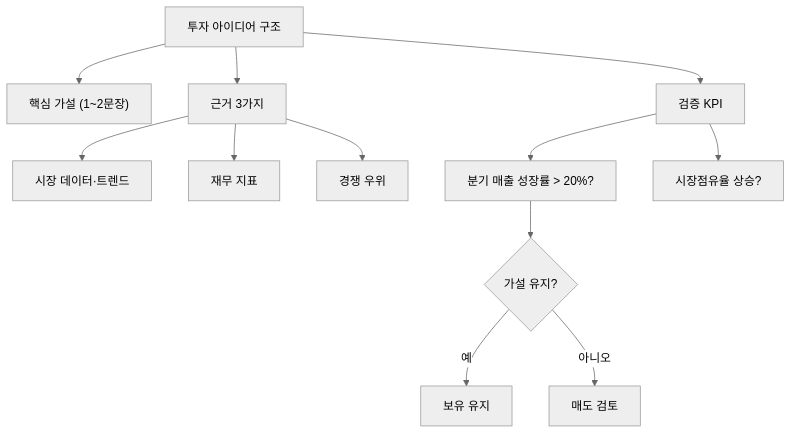
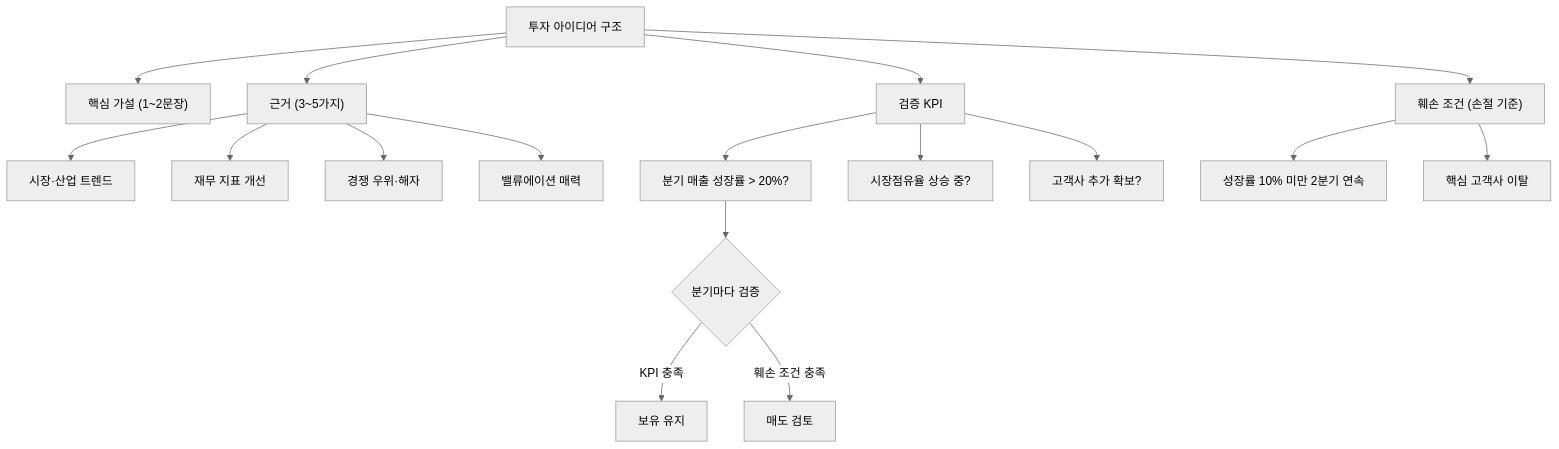
Before and after one commit to yeongseon/stock-visual-note: the diagram in content/stock-terms/ko/level-10-company-analysis/investment-thesis.md, drawn with Mermaid (neutral theme). The commit also changed other lines of this file and 9 other files, not shown here.

Commit message:
content: rewrite level-10 (10 articles) — richer diagrams, realistic scenarios, blog tone

````diff
--- a/content/stock-terms/ko/level-10-company-analysis/investment-thesis.md
+++ b/content/stock-terms/ko/level-10-company-analysis/investment-thesis.md
@@ -42,15 +43,20 @@
 ```mermaid
 graph TD
     A["투자 아이디어 구조"]
     A --> B["핵심 가설 (1~2문장)"]
-    A --> C["근거 3가지"]
+    A --> C["근거 (3~5가지)"]
     A --> D["검증 KPI"]
-    C --> C1["시장 데이터·트렌드"]
-    C --> C2["재무 지표"]
-    C --> C3["경쟁 우위"]
+    A --> E["훼손 조건 (손절 기준)"]
+    C --> C1["시장·산업 트렌드"]
+    C --> C2["재무 지표 개선"]
+    C --> C3["경쟁 우위·해자"]
+    C --> C4["밸류에이션 매력"]
     D --> D1["분기 매출 성장률 > 20%?"]
-    D --> D2["시장점유율 상승?"]
-    D1 --> E{"가설 유지?"}
-    E -->|"예"| F["보유 유지"]
-    E -->|"아니오"| G["매도 검토"]
+    D --> D2["시장점유율 상승 중?"]
+    D --> D3["고객사 추가 확보?"]
+    E --> E1["성장률 10% 미만 2분기 연속"]
+    E --> E2["핵심 고객사 이탈"]
+    D1 --> F{"분기마다 검증"}
+    F -->|"KPI 충족"| G["보유 유지"]
+    F -->|"훼손 조건 충족"| H["매도 검토"]
 ```
````
